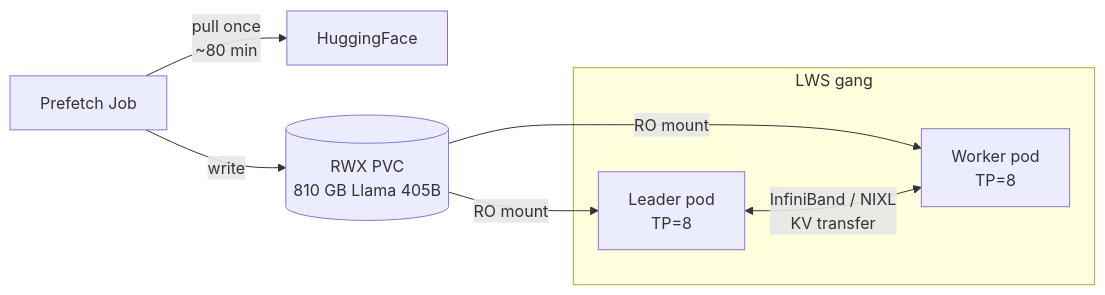
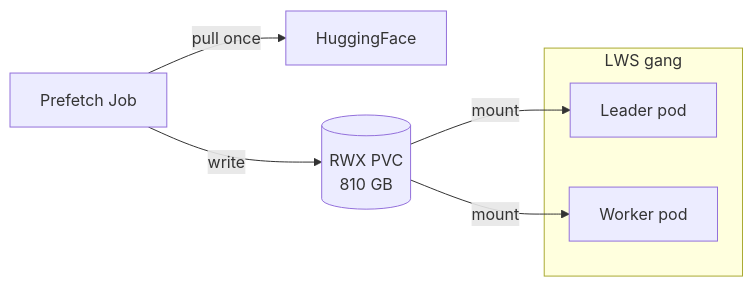
The second of 4 diagrams in design/modelcache/design.md (modelplaneai/modelplane), drawn with Mermaid before and after one commit. The commit also changed other lines of this file and 7 other files, not shown here.

````diff
--- a/design/modelcache/design.md
+++ b/design/modelcache/design.md
@@ -152,15 +147,14 @@
 ```mermaid
 flowchart LR
   HF[HuggingFace]
   JOB[Prefetch Job]
-  PVC[(RWX PVC<br/>810 GB Llama 405B)]
+  PVC[(RWX PVC<br/>810 GB)]
   subgraph GANG[LWS gang]
-    LEADER[Leader pod<br/>TP=8]
-    WORKER[Worker pod<br/>TP=8]
+    LEADER[Leader pod]
+    WORKER[Worker pod]
   end
-  JOB -->|pull once<br/>~80 min| HF
+  JOB -->|pull once| HF
   JOB -->|write| PVC
-  PVC -->|RO mount| LEADER
-  PVC -->|RO mount| WORKER
-  LEADER <-->|InfiniBand / NIXL<br/>KV transfer| WORKER
+  PVC -->|mount| LEADER
+  PVC -->|mount| WORKER
 ```
````
